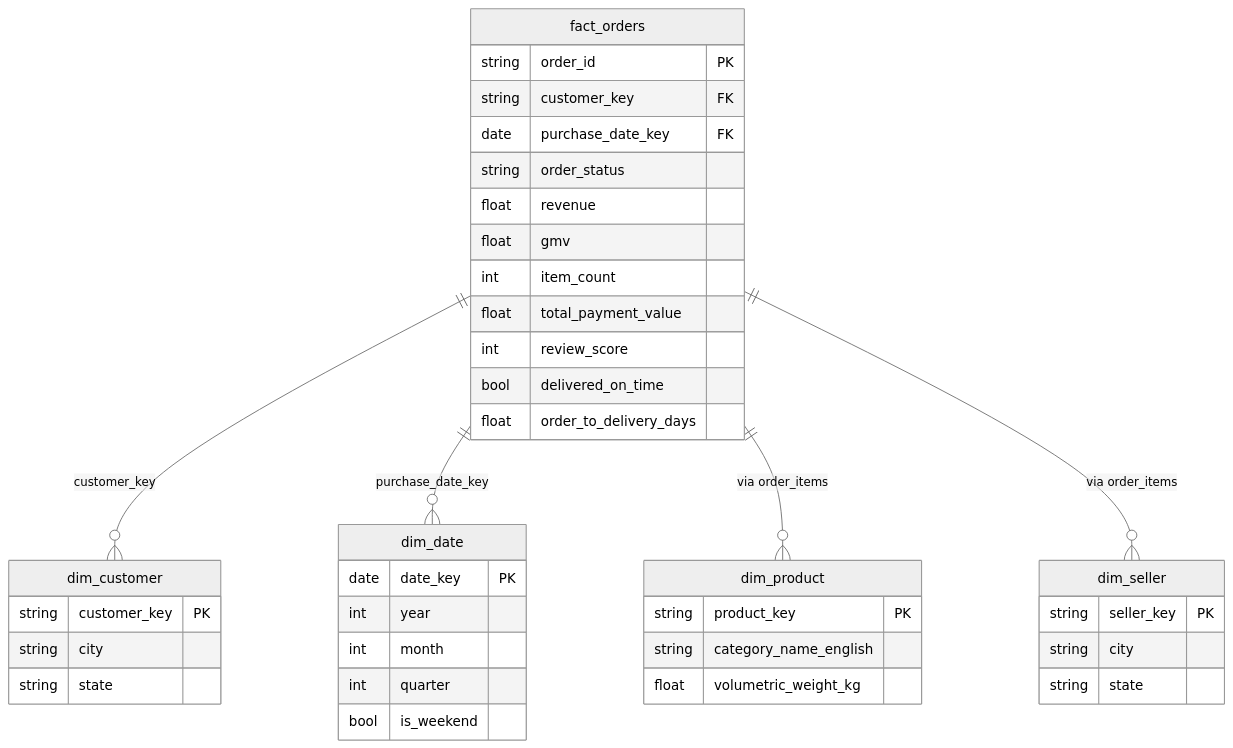
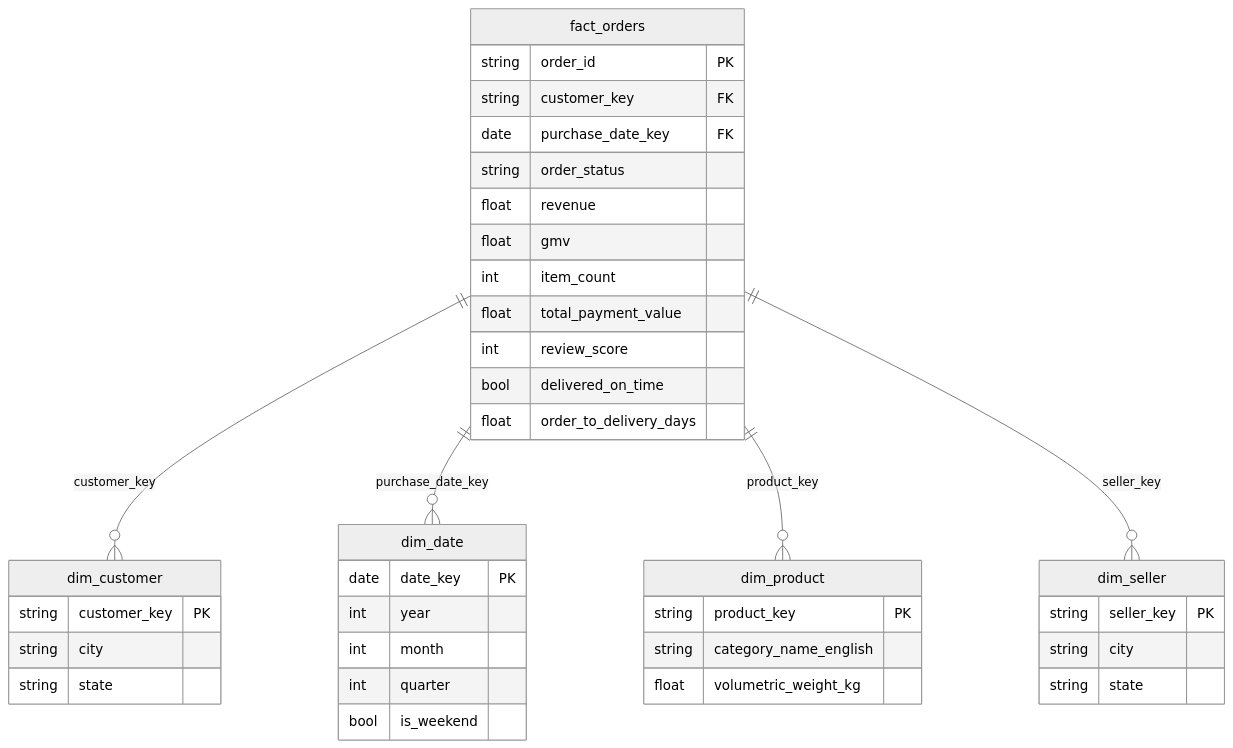
The second of 2 diagrams in README.md (benmoustafa/business-analytics-pipeline), drawn with Mermaid (neutral theme) before and after one commit. The commit also changed other lines of this file and 18 other files, not shown here.

````diff
--- a/README.md
+++ b/README.md
@@ -75,47 +59,47 @@
 ```mermaid
 erDiagram
     fact_orders ||--o{ dim_customer : customer_key
     fact_orders ||--o{ dim_date : purchase_date_key
-    fact_orders ||--o{ dim_product : "via order_items"
-    fact_orders ||--o{ dim_seller : "via order_items"
+    fact_orders ||--o{ dim_product : product_key
+    fact_orders ||--o{ dim_seller : seller_key
 
     fact_orders {
         string order_id PK
         string customer_key FK
         date purchase_date_key FK
         string order_status
         float revenue
         float gmv
         int item_count
         float total_payment_value
         int review_score
         bool delivered_on_time
         float order_to_delivery_days
     }
 
     dim_customer {
         string customer_key PK
         string city
         string state
     }
 
     dim_product {
         string product_key PK
         string category_name_english
         float volumetric_weight_kg
     }
 
     dim_seller {
         string seller_key PK
         string city
         string state
     }
 
     dim_date {
         date date_key PK
         int year
         int month
         int quarter
         bool is_weekend
     }
 ```
````
